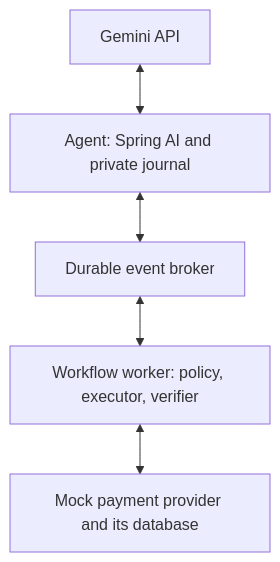
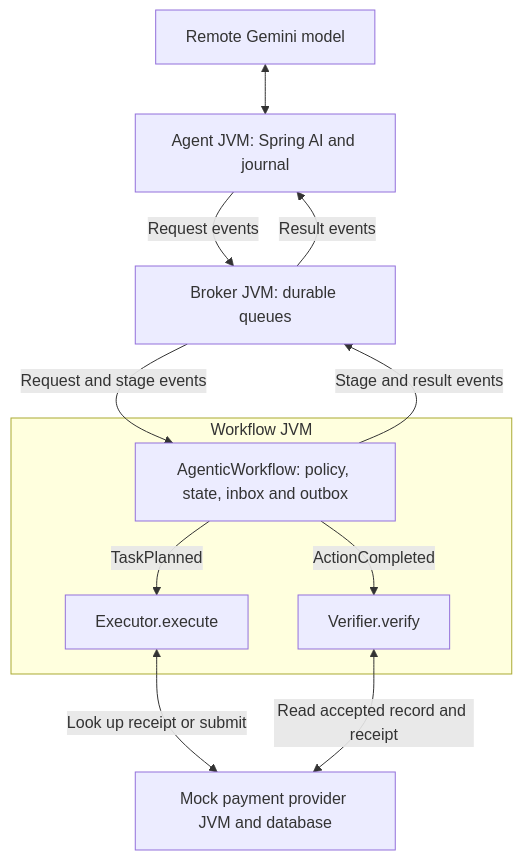
One commit to kkmurthyt21/agent-retry-demo changed the diagram in docs/AGENTIC_ARCHITECTURE.md. Above: the diagram before and after it, drawn with Mermaid. The commit also changed other lines of this file, not shown here.

Commit message:
Document workflow dispatch, provider evidence and inbox-outbox boundaries

````diff
--- a/docs/AGENTIC_ARCHITECTURE.md
+++ b/docs/AGENTIC_ARCHITECTURE.md
@@ -5,7 +5,15 @@
 ```mermaid
 flowchart TD
-  G["Gemini API"] <--> A["Agent: Spring AI and private journal"]
-  A <--> B["Durable event broker"]
-  B <--> W["Workflow worker: policy, executor, verifier"]
-  W <--> P["Mock payment provider and its database"]
+  G["Remote Gemini model"] <--> A["Agent JVM: Spring AI and journal"]
+  A -->|"Request events"| B["Broker JVM: durable queues"]
+  B -->|"Result events"| A
+  B -->|"Request and stage events"| W
+  W -->|"Stage and result events"| B
+  subgraph Workflow["Workflow JVM"]
+    W["AgenticWorkflow: policy, state, inbox and outbox"]
+    W -->|"TaskPlanned"| E["Executor.execute"]
+    W -->|"ActionCompleted"| V["Verifier.verify"]
+  end
+  E <-->|"Look up receipt or submit"| P["Mock payment provider JVM and database"]
+  V <-->|"Read accepted record and receipt"| P
 ```
````
